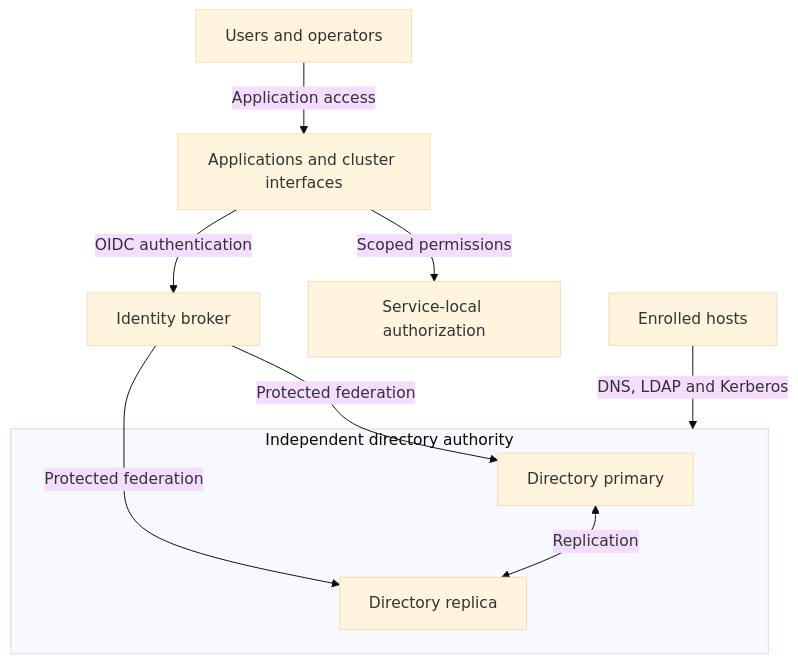
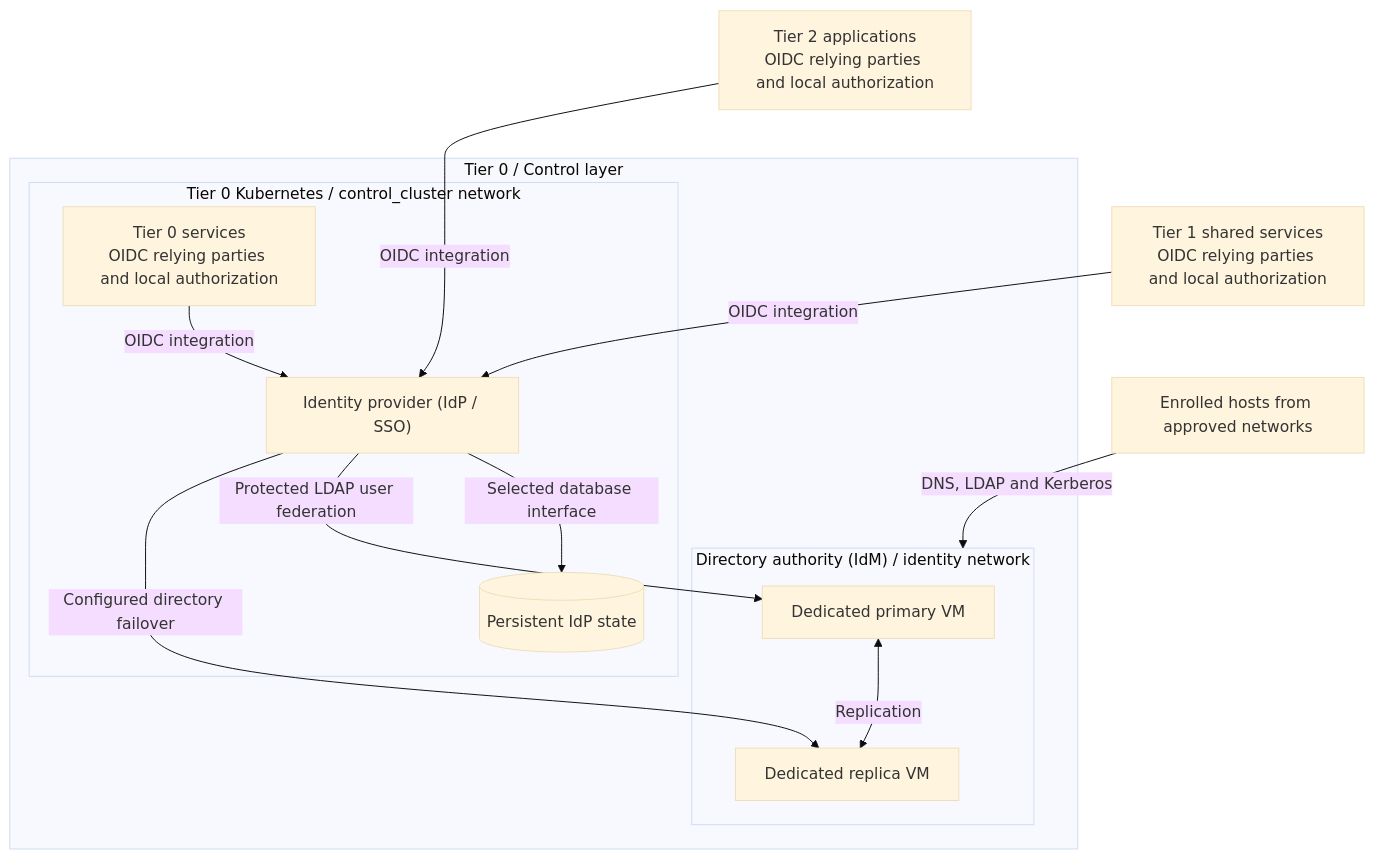
The diagram in docs/architecture/identity/README.md (Rexus/homelab), drawn with Mermaid (base theme) before and after one commit. The commit also changed other lines of this file and 11 other files, not shown here.

Commit message:
docs(architecture): map capabilities by tier and layer

````diff
--- a/docs/architecture/identity/README.md
+++ b/docs/architecture/identity/README.md
@@ -24,12 +42,24 @@
 ```mermaid
 flowchart TB
-  Clients["Users and operators"] -->|Application access| Services["Applications and cluster interfaces"]
-  Services -->|OIDC authentication| Broker["Identity broker"]
-  Services -->|Scoped permissions| Roles["Service-local authorization"]
-  Broker -->|Protected federation| Primary
-  Broker -->|Protected federation| Replica
-  subgraph Directory["Independent directory authority"]
-    Primary["Directory primary"] <-->|Replication| Replica["Directory replica"]
+  T2["Tier 2 applications<br/>OIDC relying parties and local authorization"]
+  T1["Tier 1 shared services<br/>OIDC relying parties and local authorization"]
+  T2 ~~~ T1
+  subgraph T0["Tier 0 / Control layer"]
+    subgraph Cluster["Tier 0 Kubernetes / control_cluster network"]
+      IdP["Identity provider (IdP / SSO)"]
+      Data[("Persistent IdP state")]
+      Services["Tier 0 services<br/>OIDC relying parties and local authorization"]
+      Services -->|OIDC integration| IdP
+      IdP -->|Selected database interface| Data
+    end
+    subgraph Directory["Directory authority (IdM) / identity network"]
+      Primary["Dedicated primary VM"] <-->|Replication| Replica["Dedicated replica VM"]
+    end
+    IdP -->|Protected LDAP user federation| Primary
+    IdP -->|Configured directory failover| Replica
   end
-  Hosts["Enrolled hosts"] -->|DNS, LDAP and Kerberos| Directory
+  T1 ~~~ T0
+  T2 -->|OIDC integration| IdP
+  T1 -->|OIDC integration| IdP
+  Hosts["Enrolled hosts from approved networks"] -->|DNS, LDAP and Kerberos| Directory
 ```
````
